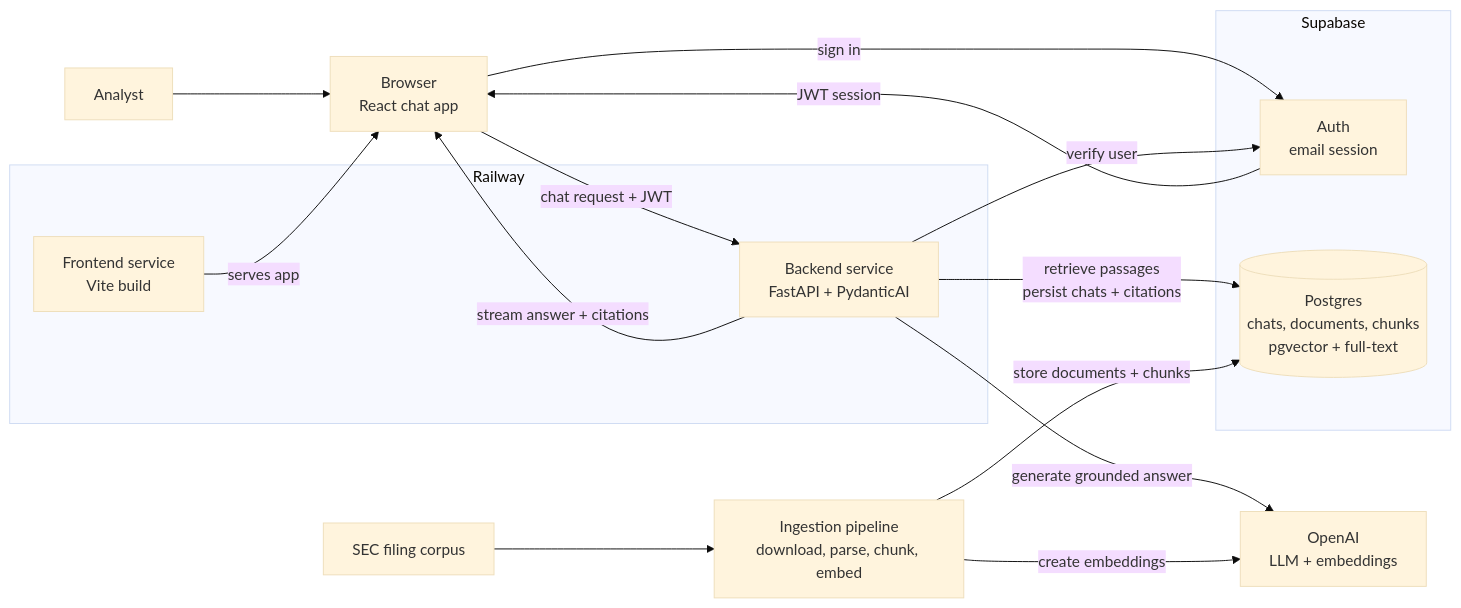
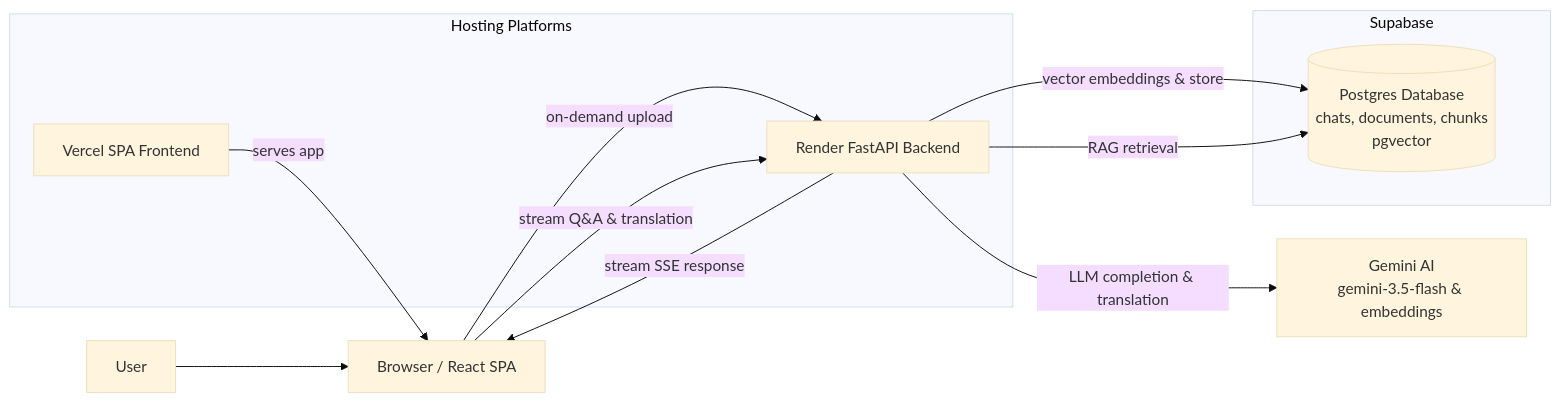
One commit to SakinaKheraj/PaperCraft changed the diagram in docs/architecture.md. Above: the diagram before and after it, drawn with Mermaid (base theme). The commit also changed other lines of this file and 6 other files, not shown here.

Commit message:
Fix Vercel build errors, update README, and clean docs folder

````diff
--- a/docs/architecture.md
+++ b/docs/architecture.md
@@ -13,31 +11,23 @@
 ```mermaid
 flowchart LR
-    user[Analyst] --> browser[Browser<br/>React chat app]
+    user[User] --> browser[Browser / React SPA]
 
-    subgraph railway[Railway]
-        frontend[Frontend service<br/>Vite build]
-        backend[Backend service<br/>FastAPI + PydanticAI]
+    subgraph hosting[Hosting Platforms]
+        vercel[Vercel SPA Frontend]
+        render[Render FastAPI Backend]
     end
 
     subgraph supabase[Supabase]
-        auth[Auth<br/>email session]
-        db[(Postgres<br/>chats, documents, chunks<br/>pgvector + full-text)]
+        db[(Postgres Database<br/>chats, documents, chunks<br/>pgvector)]
     end
 
-    openai[OpenAI<br/>LLM + embeddings]
-    corpus[SEC filing corpus]
-    ingestion[Ingestion pipeline<br/>download, parse, chunk, embed]
+    gemini[Gemini AI<br/>gemini-3.5-flash & embeddings]
 
-    frontend -->|serves app| browser
-    browser -->|sign in| auth
-    auth -->|JWT session| browser
-    browser -->|chat request + JWT| backend
-    backend -->|verify user| auth
-    backend -->|retrieve passages<br/>persist chats + citations| db
-    backend -->|generate grounded answer| openai
-    backend -->|stream answer + citations| browser
-
-    corpus --> ingestion
-    ingestion -->|create embeddings| openai
-    ingestion -->|store documents + chunks| db
+    vercel -->|serves app| browser
+    browser -->|on-demand upload| render
+    browser -->|stream Q&A & translation| render
+    render -->|vector embeddings & store| db
+    render -->|RAG retrieval| db
+    render -->|LLM completion & translation| gemini
+    render -->|stream SSE response| browser
 ```
````
